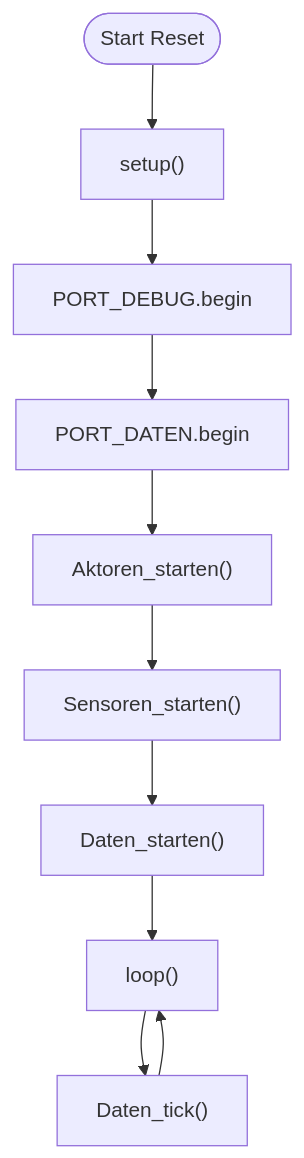
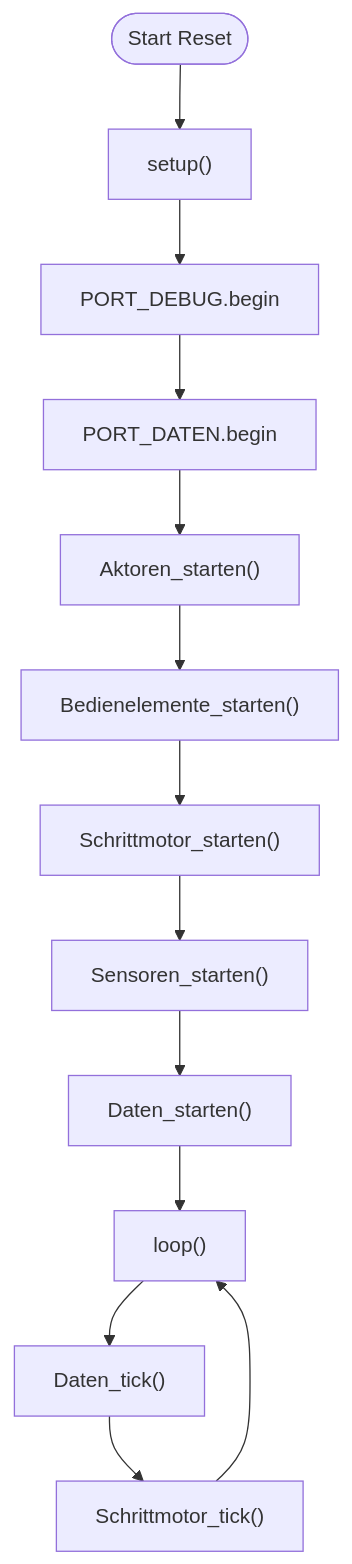
The ninth of 22 diagrams in PROJEKT_ARCHITEKTUR_PLAN.md (HerrnDK/Projekt), drawn with Mermaid before and after one commit. The commit also changed other lines of this file and 15 other files, not shown here.

````diff
--- a/PROJEKT_ARCHITEKTUR_PLAN.md
+++ b/PROJEKT_ARCHITEKTUR_PLAN.md
@@ -175,12 +181,15 @@
 ```mermaid
 flowchart TD
   S([Start Reset]) --> A0["setup()"]
   A0 --> A1["PORT_DEBUG.begin"]
   A1 --> A2["PORT_DATEN.begin"]
   A2 --> A3["Aktoren_starten()"]
-  A3 --> A4["Sensoren_starten()"]
-  A4 --> A5["Daten_starten()"]
+  A3 --> A35["Bedienelemente_starten()"]
+  A35 --> A4["Schrittmotor_starten()"]
+  A4 --> A45["Sensoren_starten()"]
+  A45 --> A5["Daten_starten()"]
   A5 --> L0["loop()"]
   L0 --> L1["Daten_tick()"]
-  L1 --> L0
+  L1 --> L2["Schrittmotor_tick()"]
+  L2 --> L0
 ```
````
